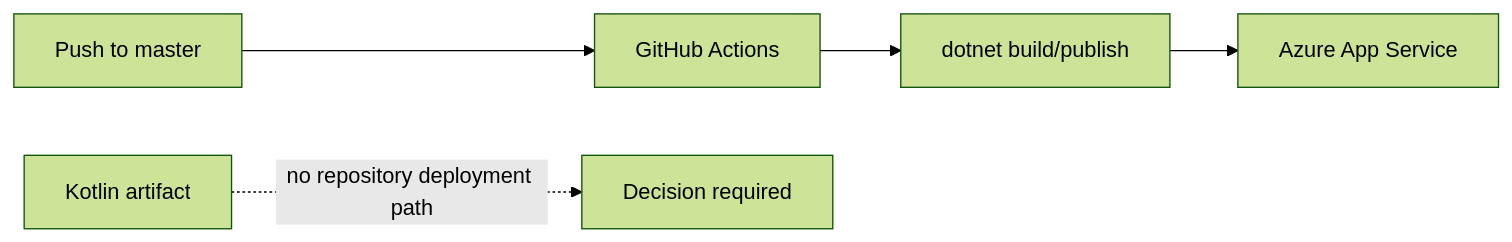
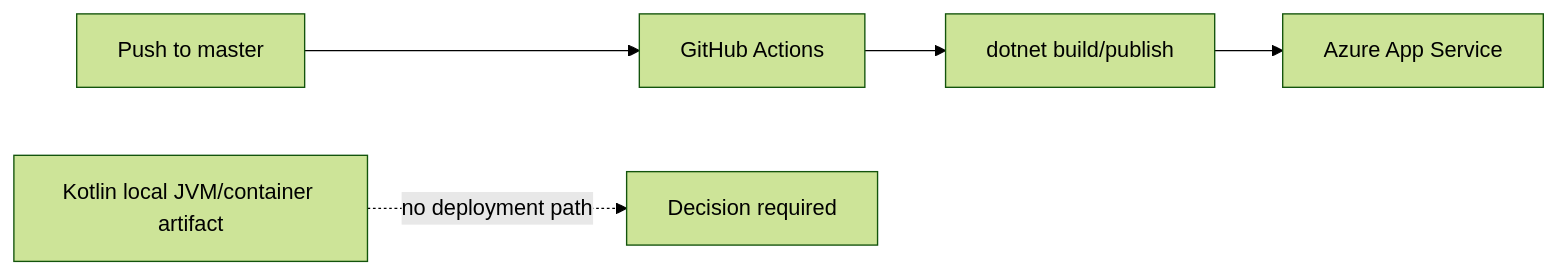
One commit to UmBender/sparql-query-easy changed the diagram in tcc/07 - Operations/Operations Inventory.md. Above: the diagram before and after it, drawn with Mermaid (forest theme). The commit also changed other lines of this file and 10 other files, not shown here.

````diff
--- a/tcc/07 - Operations/Operations Inventory.md
+++ b/tcc/07 - Operations/Operations Inventory.md
@@ -9,7 +12,7 @@
 ```mermaid
 flowchart LR
   Push[Push to master] --> GH[GitHub Actions]
   GH --> Dotnet[dotnet build/publish]
   Dotnet --> Azure[Azure App Service]
-  Kotlin[Kotlin artifact] -. no repository deployment path .-> Unknown[Decision required]
+  Kotlin[Kotlin local JVM/container artifact] -. no deployment path .-> Unknown[Decision required]
 ```
````
